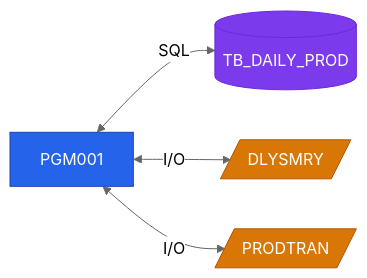
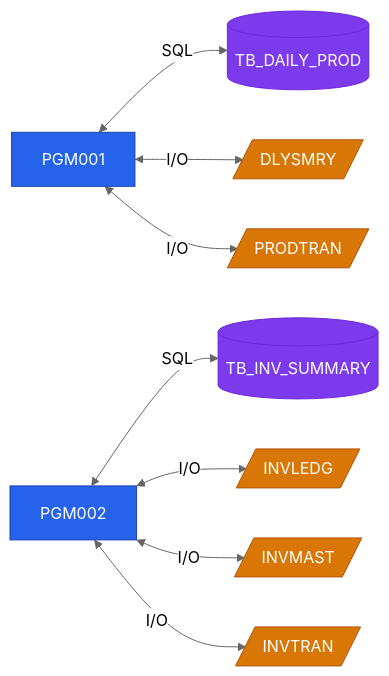
Before and after one commit to donseok/catm-project: the diagram in output/diagrams/data_flow.md, drawn with Mermaid (neutral theme). The commit also changed 24 other files, not shown here.

````diff
--- a/output/diagrams/data_flow.md
+++ b/output/diagrams/data_flow.md
@@ -3,15 +3,25 @@
 ```mermaid
 graph LR
     classDef pgm fill:#2563EB,stroke:#1E40AF,color:#fff
     classDef db fill:#7C3AED,stroke:#6D28D9,color:#fff
     classDef file fill:#D97706,stroke:#B45309,color:#fff
 
     PGM001[PGM001] <-->|SQL| DB_TB_DAILY_PROD[(TB_DAILY_PROD)]
     class DB_TB_DAILY_PROD db
     PGM001[PGM001] <-->|I/O| F_DLYSMRY[/DLYSMRY/]
     class F_DLYSMRY file
     PGM001[PGM001] <-->|I/O| F_PRODTRAN[/PRODTRAN/]
     class F_PRODTRAN file
     class PGM001 pgm
 
+    PGM002[PGM002] <-->|SQL| DB_TB_INV_SUMMARY[(TB_INV_SUMMARY)]
+    class DB_TB_INV_SUMMARY db
+    PGM002[PGM002] <-->|I/O| F_INVLEDG[/INVLEDG/]
+    class F_INVLEDG file
+    PGM002[PGM002] <-->|I/O| F_INVMAST[/INVMAST/]
+    class F_INVMAST file
+    PGM002[PGM002] <-->|I/O| F_INVTRAN[/INVTRAN/]
+    class F_INVTRAN file
+    class PGM002 pgm
+
 ```
````
